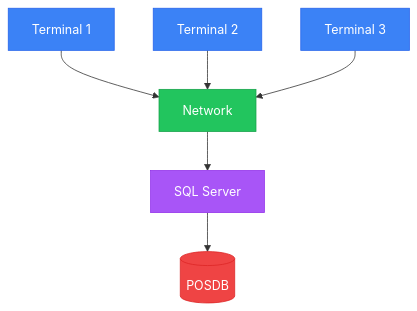
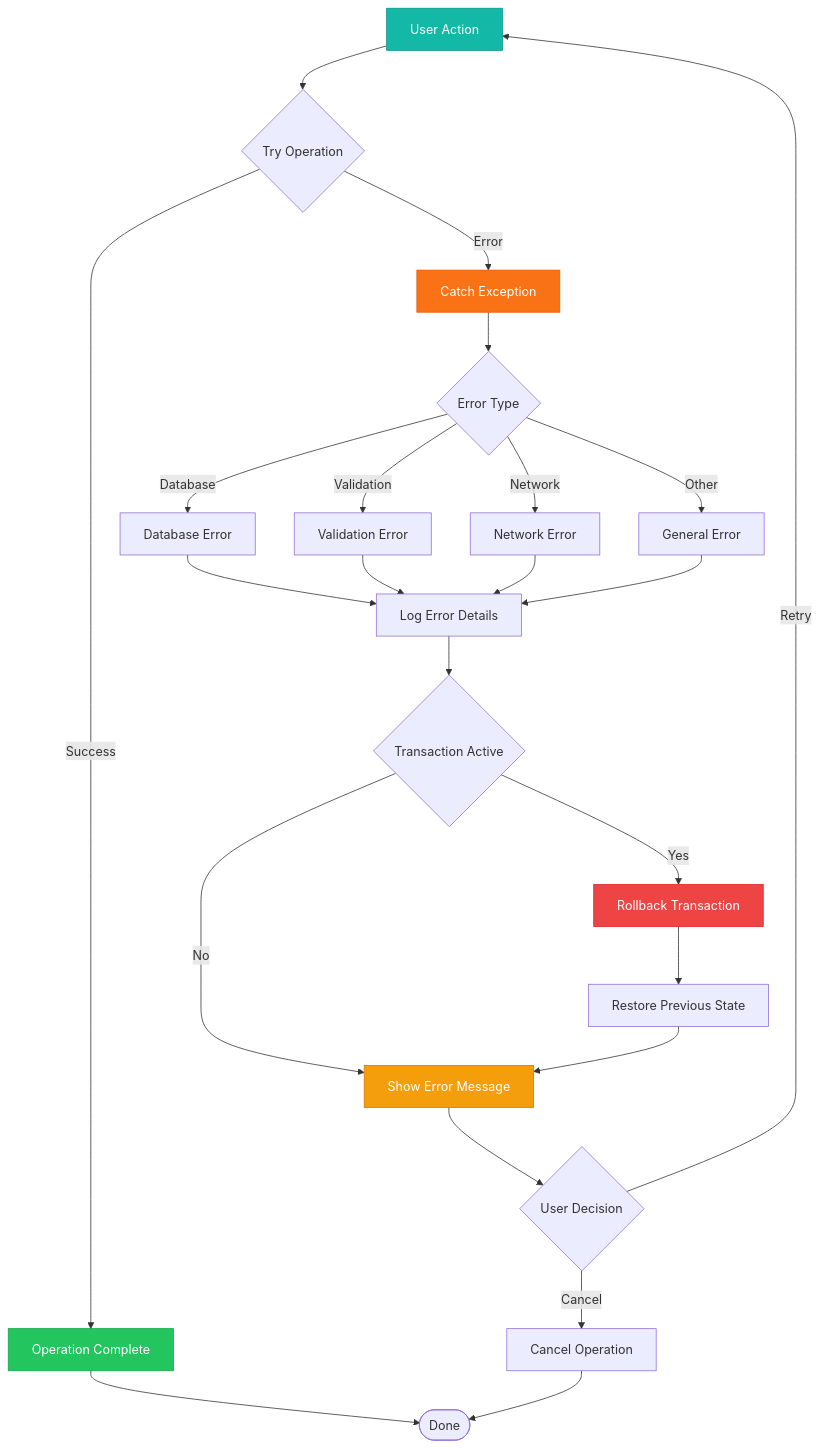
Diagram 19 of 23 in README.md (EIRSVi/Sync-Verse-Studio), drawn with Mermaid before and after one commit. The commit also changed other lines of this file and 12 other files, not shown here.

````diff
--- a/README.md
+++ b/README.md
@@ -2096,15 +1206,41 @@
 ```mermaid
-graph TD
-    A[Terminal 1] --> D[Network]
-    B[Terminal 2] --> D
-    C[Terminal 3] --> D
-    D --> E[SQL Server]
-    E --> F[(POSDB)]
+flowchart TD
+    Action[User Action] --> Try{Try Operation}
     
-    style A fill:#3B82F6,stroke:#2563EB,color:#fff
-    style B fill:#3B82F6,stroke:#2563EB,color:#fff
-    style C fill:#3B82F6,stroke:#2563EB,color:#fff
-    style D fill:#22C55E,stroke:#16A34A,color:#fff
-    style E fill:#A855F7,stroke:#9333EA,color:#fff
-    style F fill:#EF4444,stroke:#DC2626,color:#fff
+    Try -->|Success| Success[Operation Complete]
+    Try -->|Error| CatchError[Catch Exception]
+    
+    CatchError --> ErrorType{Error Type}
+    
+    ErrorType -->|Database| DBError[Database Error]
+    ErrorType -->|Validation| ValError[Validation Error]
+    ErrorType -->|Network| NetError[Network Error]
+    ErrorType -->|Other| GenError[General Error]
+    
+    DBError --> LogError[Log Error Details]
+    ValError --> LogError
+    NetError --> LogError
+    GenError --> LogError
+    
+    LogError --> Rollback{Transaction Active}
+    
+    Rollback -->|Yes| RollbackTrans[Rollback Transaction]
+    Rollback -->|No| ShowError
+    
+    RollbackTrans --> RestoreState[Restore Previous State]
+    RestoreState --> ShowError[Show Error Message]
+    
+    ShowError --> UserAction{User Decision}
+    
+    UserAction -->|Retry| Action
+    UserAction -->|Cancel| Cancel[Cancel Operation]
+    
+    Success --> End([Done])
+    Cancel --> End
+    
+    style Action fill:#14B8A6,stroke:#0D9488,color:#fff
+    style Success fill:#22C55E,stroke:#16A34A,color:#fff
+    style CatchError fill:#F97316,stroke:#EA580C,color:#fff
+    style RollbackTrans fill:#EF4444,stroke:#DC2626,color:#fff
+    style ShowError fill:#F59E0B,stroke:#D97706,color:#fff
 ```
````
